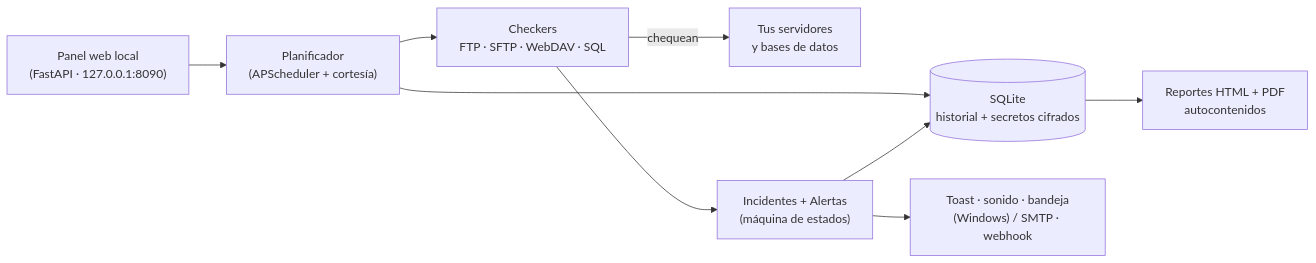
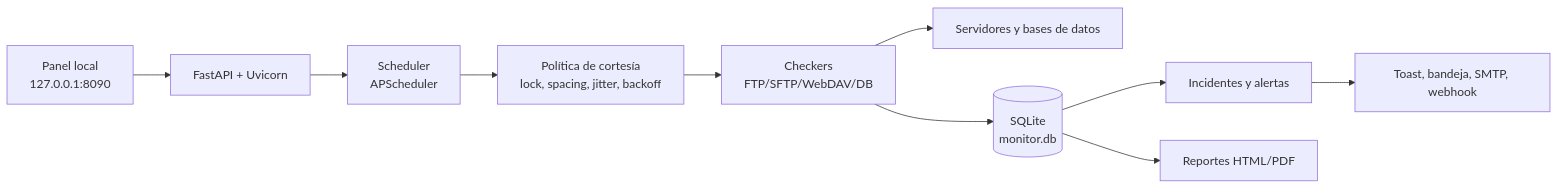
Before and after one commit to castellanosfelipe/Monitor-DB-FTP-SFTP-WebDav: the diagram in README.md, drawn with Mermaid. The commit also changed other lines of this file, not shown here.

````diff
--- a/README.md
+++ b/README.md
@@ -212,11 +258,12 @@
 ```mermaid
 flowchart LR
-    UI["Panel web local<br/>(FastAPI · 127.0.0.1:8090)"] --> SCHED
-    SCHED["Planificador<br/>(APScheduler + cortesía)"] --> CHK
-    CHK["Checkers<br/>FTP · SFTP · WebDAV · SQL"] -->|chequean| SRV["Tus servidores<br/>y bases de datos"]
-    CHK --> INC["Incidentes + Alertas<br/>(máquina de estados)"]
-    SCHED --> DB[("SQLite<br/>historial + secretos cifrados")]
-    INC --> DB
-    INC --> NOTIF["Toast · sonido · bandeja<br/>(Windows) / SMTP · webhook"]
-    DB --> REP["Reportes HTML + PDF<br/>autocontenidos"]
+    UI["Panel local<br/>127.0.0.1:8090"] --> API["FastAPI + Uvicorn"]
+    API --> SCHED["Scheduler<br/>APScheduler"]
+    SCHED --> THROTTLE["Política de cortesía<br/>lock, spacing, jitter, backoff"]
+    THROTTLE --> CHECKERS["Checkers<br/>FTP/SFTP/WebDAV/DB"]
+    CHECKERS --> TARGETS["Servidores y bases de datos"]
+    CHECKERS --> DB[("SQLite<br/>monitor.db")]
+    DB --> INCIDENTS["Incidentes y alertas"]
+    DB --> REPORTS["Reportes HTML/PDF"]
+    INCIDENTS --> NOTIFY["Toast, bandeja, SMTP, webhook"]
 ```
````
